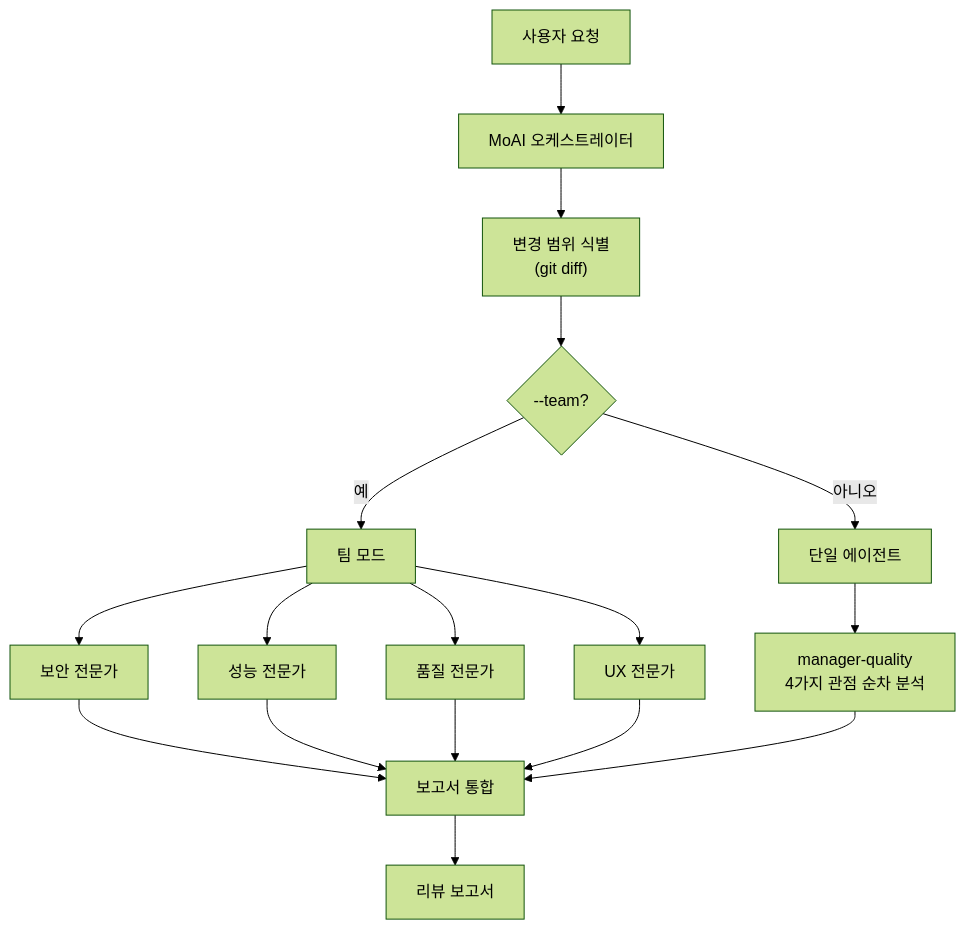
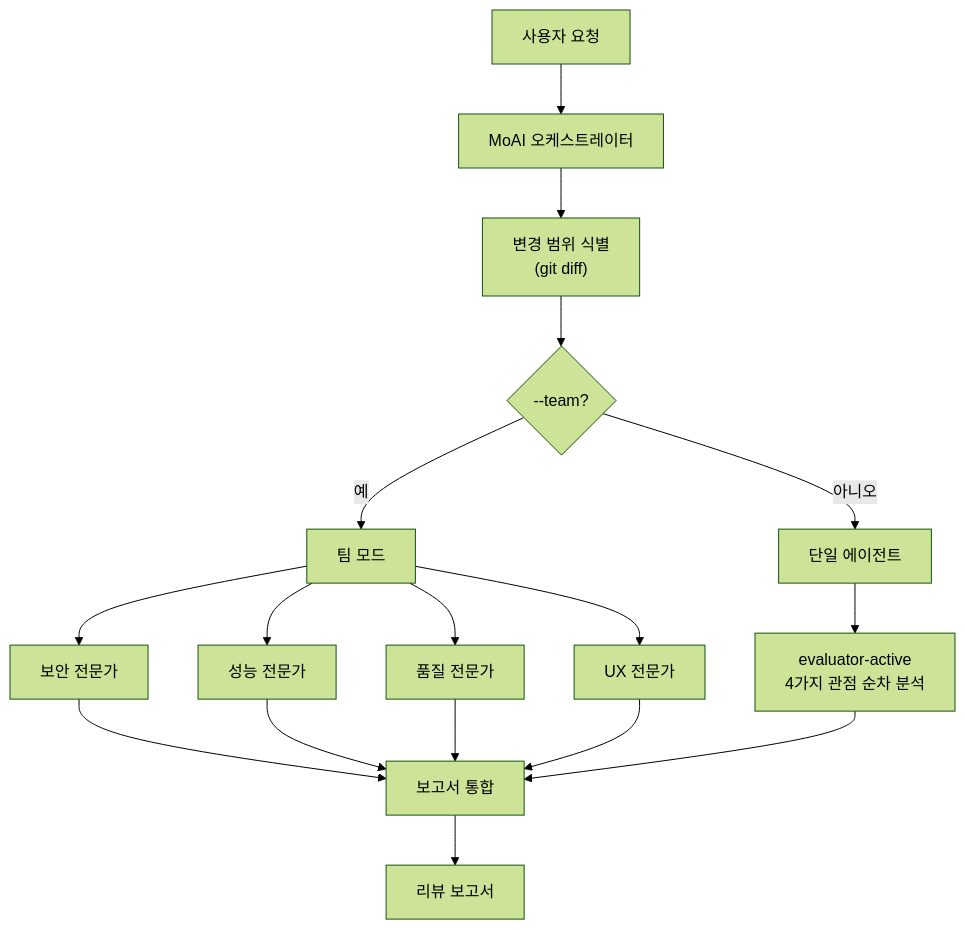
The second of 2 diagrams in docs-site/content/ko/quality-commands/moai-review.md (modu-ai/moai-adk), drawn with Mermaid (forest theme) before and after one commit. The commit also changed other lines of this file and 153 other files, not shown here.

````diff
--- a/docs-site/content/ko/quality-commands/moai-review.md
+++ b/docs-site/content/ko/quality-commands/moai-review.md
@@ -223,24 +223,24 @@
 ```mermaid
 flowchart TD
     User["사용자 요청"] --> MoAI["MoAI 오케스트레이터"]
     MoAI --> Identify["변경 범위 식별<br/>(git diff)"]
     Identify --> Agent{"--team?"}
 
     Agent -->|예| Team["팀 모드"]
     Agent -->|아니오| Single["단일 에이전트"]
 
     Team --> R1["보안 전문가"]
     Team --> R2["성능 전문가"]
     Team --> R3["품질 전문가"]
     Team --> R4["UX 전문가"]
 
-    Single --> Quality["manager-quality<br/>4가지 관점 순차 분석"]
+    Single --> Quality["evaluator-active<br/>4가지 관점 순차 분석"]
 
     R1 --> Consolidate["보고서 통합"]
     R2 --> Consolidate
     R3 --> Consolidate
     R4 --> Consolidate
     Quality --> Consolidate
 
     Consolidate --> Report["리뷰 보고서"]
 ```
````
